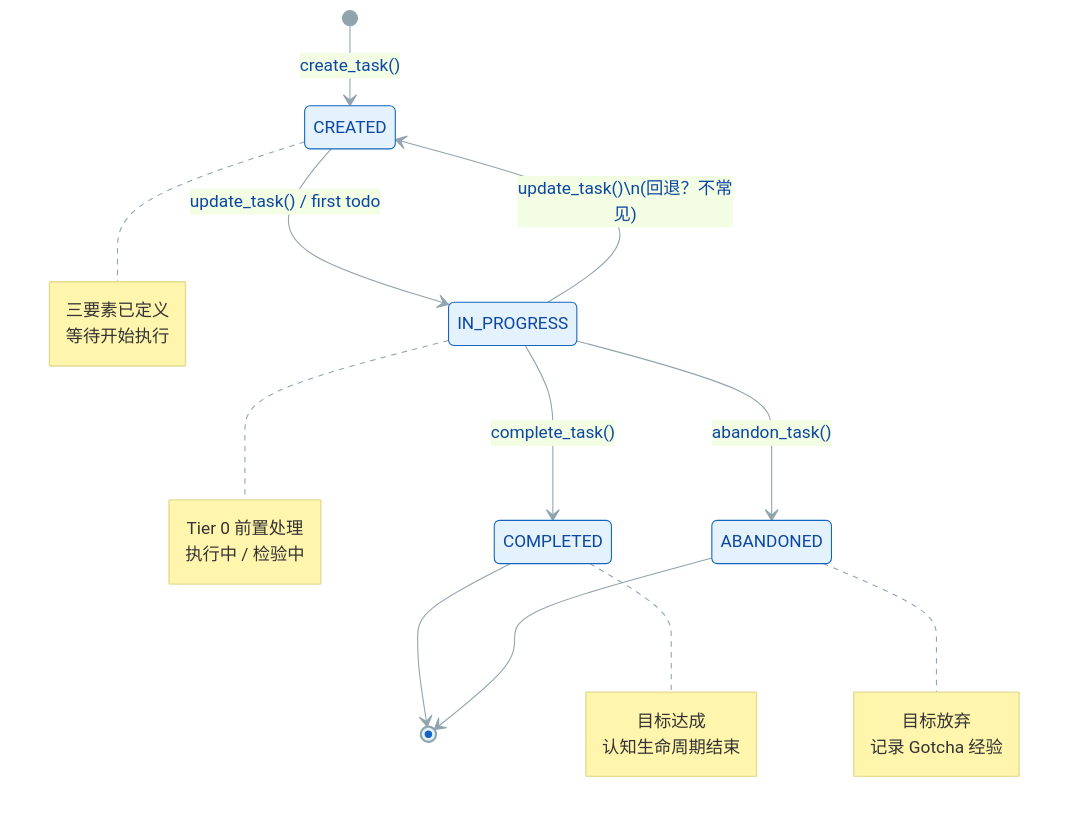
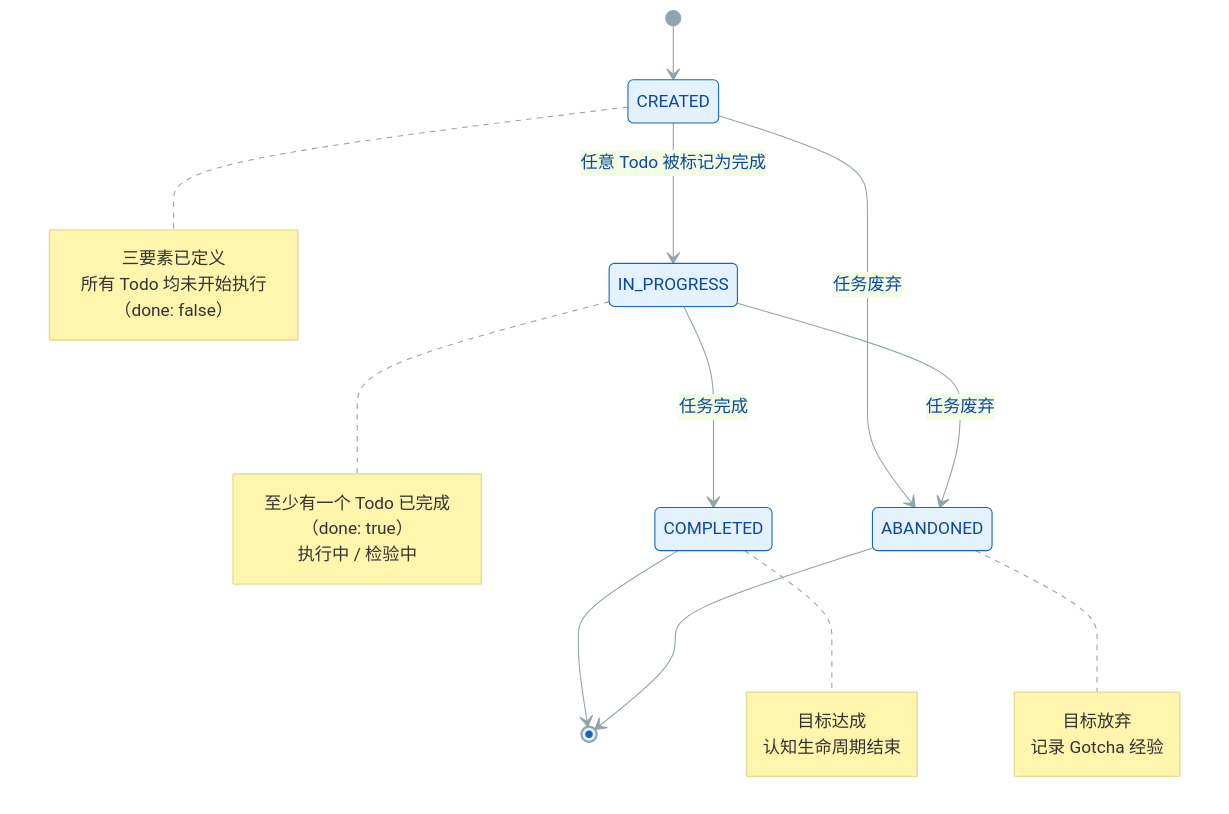
One commit to Lazyn0tBug/mem0ress changed the tenth of 11 diagrams in docs/spec.md. Above: the diagram before and after it, drawn with Mermaid. The commit also changed other lines of this file and 1 other file, not shown here.

````diff
--- a/docs/spec.md
+++ b/docs/spec.md
@@ -636,29 +640,29 @@
 ```mermaid
 %% label：Task 生命周期状态机
 %%{ init: { 'theme': 'base', 'themeVariables': { 'primaryColor': '#e3f2fd', 'primaryTextColor': '#0d47a1', 'primaryBorderColor': '#1565c0', 'lineColor': '#90a4ae' } } }%%
 stateDiagram-v2
-    [*] --> CREATED : create_task()
-    CREATED --> IN_PROGRESS : update_task() / first todo
-    IN_PROGRESS --> COMPLETED : complete_task()
-    IN_PROGRESS --> ABANDONED : abandon_task()
-    IN_PROGRESS --> CREATED : update_task()\n(回退？不常见)
+    [*] --> CREATED
+    CREATED --> IN_PROGRESS : 任意 Todo 被标记为完成
+    CREATED --> ABANDONED : 任务废弃
+    IN_PROGRESS --> COMPLETED : 任务完成
+    IN_PROGRESS --> ABANDONED : 任务废弃
     COMPLETED --> [*]
     ABANDONED --> [*]
 
     note right of CREATED
         三要素已定义
-        等待开始执行
+        所有 Todo 均未开始执行（done: false）
     end note
     note right of IN_PROGRESS
-        Tier 0 前置处理
+        至少有一个 Todo 已完成（done: true）
         执行中 / 检验中
     end note
     note right of COMPLETED
         目标达成
         认知生命周期结束
     end note
     note right of ABANDONED
         目标放弃
         记录 Gotcha 经验
     end note
 ```
````
